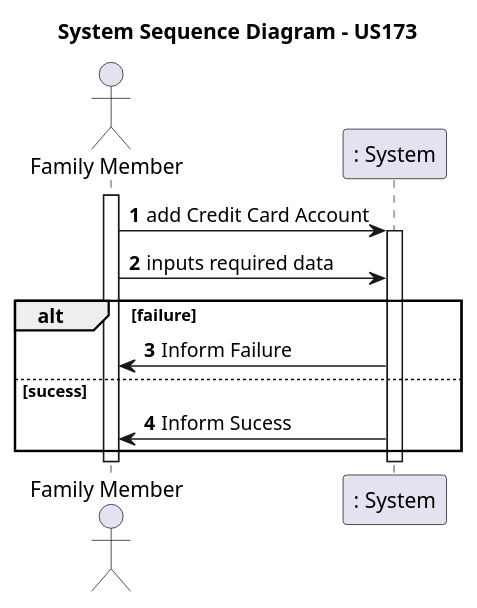
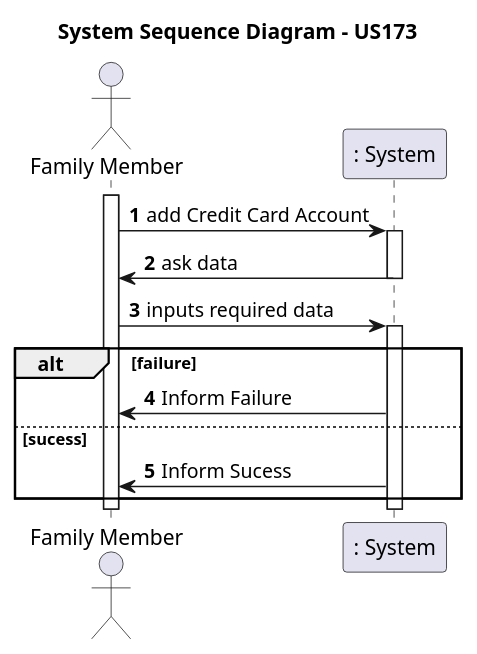
The first of 4 diagrams in docs/sprint2/user_stories/US173_AddCreditCardAccount.md (tomas-osswald/switch_2020_g3), drawn with PlantUML before and after one commit. The commit also changed 1 other file, not shown here.

Commit message:
changes to us173 and us135 SSD

````diff
--- a/docs/sprint2/user_stories/US173_AddCreditCardAccount.md
+++ b/docs/sprint2/user_stories/US173_AddCreditCardAccount.md
@@ -25,24 +25,29 @@
 ```puml
 autonumber
 title System Sequence Diagram - US173
 
 actor "Family Member" as familyMember
 participant ": System" as system
 
 activate familyMember
-familyMember-> system : add Credit Card Account
+familyMember-> system : add Credit Card Account    
 activate system
+
+system -> familyMember : ask data                
+deactivate system 
+
 familyMember -> system : inputs required data
+activate system
 
 alt failure
 system -> familyMember : Inform Failure
 
 else sucess
 system -> familyMember : Inform Sucess
 
 end
 
 deactivate system
 
 deactivate familyMember
 ```
````
